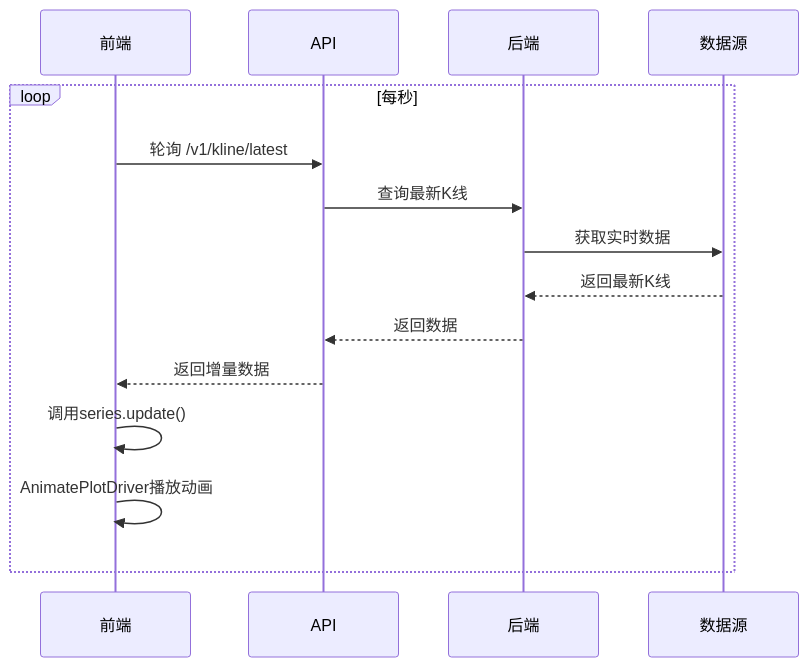
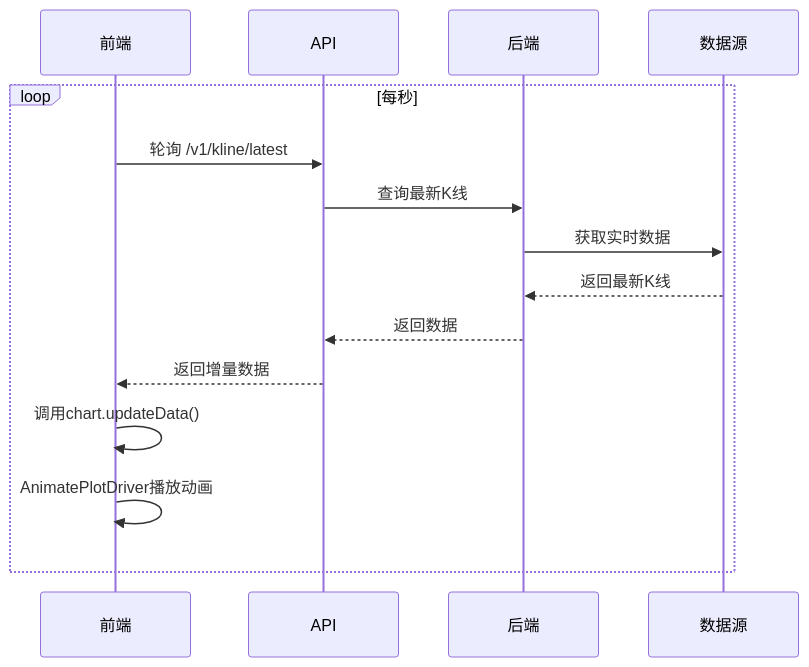
One commit to yjydmlh/turtle changed the sixth of 7 diagrams in doc/前端架构/交易图表集成.md. Above: the diagram before and after it, drawn with Mermaid. The commit also changed other lines of this file and 9 other files, not shown here.

````diff
--- a/doc/前端架构/交易图表集成.md
+++ b/doc/前端架构/交易图表集成.md
@@ -196,17 +196,17 @@
 ```mermaid
 sequenceDiagram
 participant 前端
 participant API
 participant 后端
 participant 数据源
 loop 每秒
 前端->>API : 轮询 /v1/kline/latest
 API->>后端 : 查询最新K线
 后端->>数据源 : 获取实时数据
 数据源-->>后端 : 返回最新K线
 后端-->>API : 返回数据
 API-->>前端 : 返回增量数据
-前端->>前端 : 调用series.update()
+前端->>前端 : 调用chart.updateData()
 前端->>前端 : AnimatePlotDriver播放动画
 end
 ```
````
